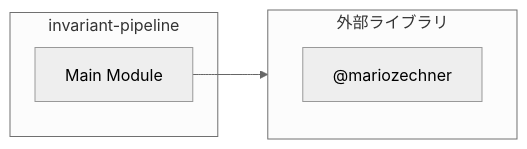
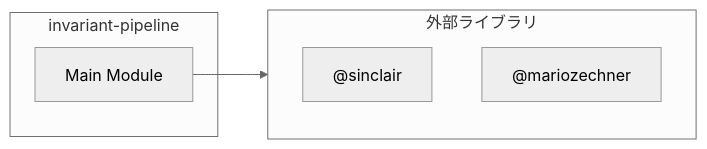
Before and after one commit to Mekann2904/mekann: the second of 2 diagrams in ABDD/.pi/extensions/invariant-pipeline.md, drawn with Mermaid (neutral theme). The commit also changed other lines of this file and 205 other files, not shown here.

````diff
--- a/ABDD/.pi/extensions/invariant-pipeline.md
+++ b/ABDD/.pi/extensions/invariant-pipeline.md
@@ -131,10 +108,11 @@
 ```mermaid
 flowchart LR
   subgraph this[invariant-pipeline]
     main[Main Module]
   end
   subgraph external[外部ライブラリ]
+    _sinclair["@sinclair"]
     _mariozechner["@mariozechner"]
   end
   main --> external
 ```
````
